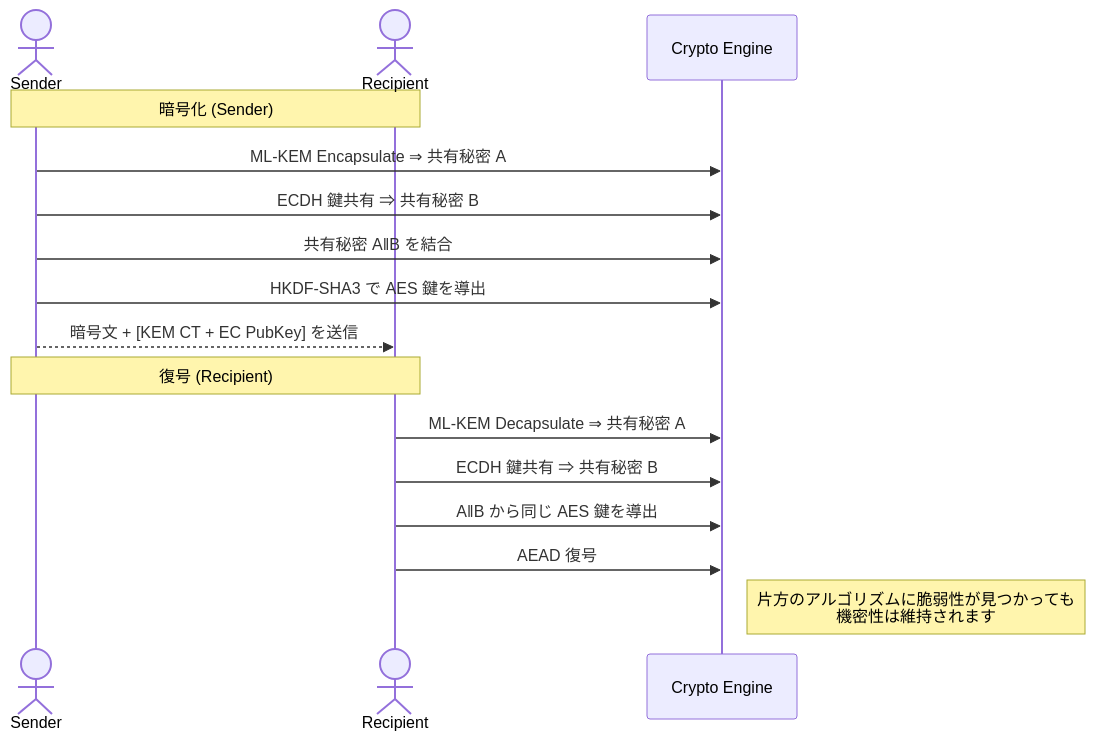
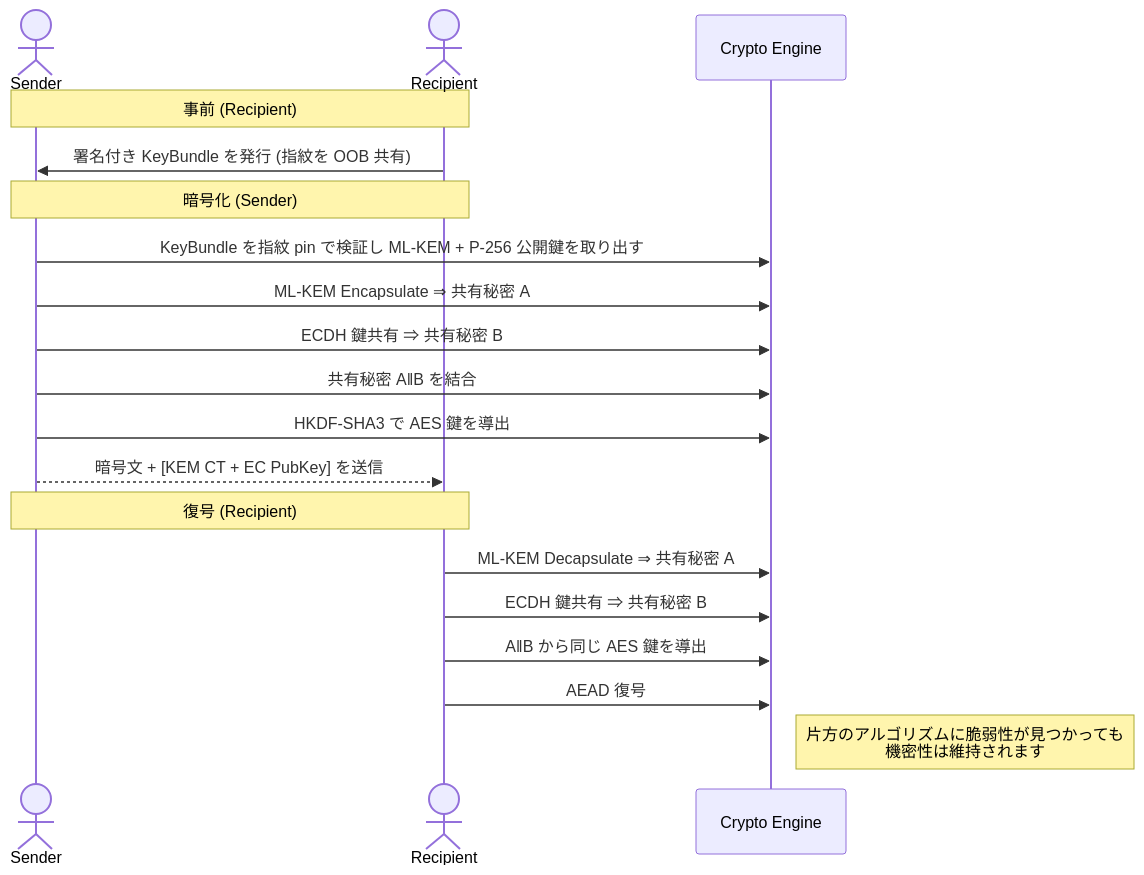
One commit to nkoriyama/nkCryptoTool-rust changed the seventh of 11 diagrams in README.md. Above: the diagram before and after it, drawn with Mermaid. The commit also changed other lines of this file, not shown here.

First line of the commit message:
docs(readme): switch the encryption flow to the signed KeyBundle path

````diff
--- a/README.md
+++ b/README.md
@@ -647,20 +656,24 @@
 ```mermaid
 sequenceDiagram
     actor Sender
     actor Recipient
     participant Engine as Crypto Engine
 
+    Note over Sender, Recipient: 事前 (Recipient)
+    Recipient->>Sender: 署名付き KeyBundle を発行 (指紋を OOB 共有)
+
     Note over Sender, Recipient: 暗号化 (Sender)
+    Sender->>Engine: KeyBundle を指紋 pin で検証し ML-KEM + P-256 公開鍵を取り出す
     Sender->>Engine: ML-KEM Encapsulate ⇒ 共有秘密 A
     Sender->>Engine: ECDH 鍵共有 ⇒ 共有秘密 B
     Sender->>Engine: 共有秘密 A‖B を結合
     Sender->>Engine: HKDF-SHA3 で AES 鍵を導出
     Sender-->>Recipient: 暗号文 + [KEM CT + EC PubKey] を送信
 
     Note over Sender, Recipient: 復号 (Recipient)
     Recipient->>Engine: ML-KEM Decapsulate ⇒ 共有秘密 A
     Recipient->>Engine: ECDH 鍵共有 ⇒ 共有秘密 B
     Recipient->>Engine: A‖B から同じ AES 鍵を導出
     Recipient->>Engine: AEAD 復号
     Note right of Engine: 片方のアルゴリズムに脆弱性が見つかっても<br/>機密性は維持されます
 ```
````
